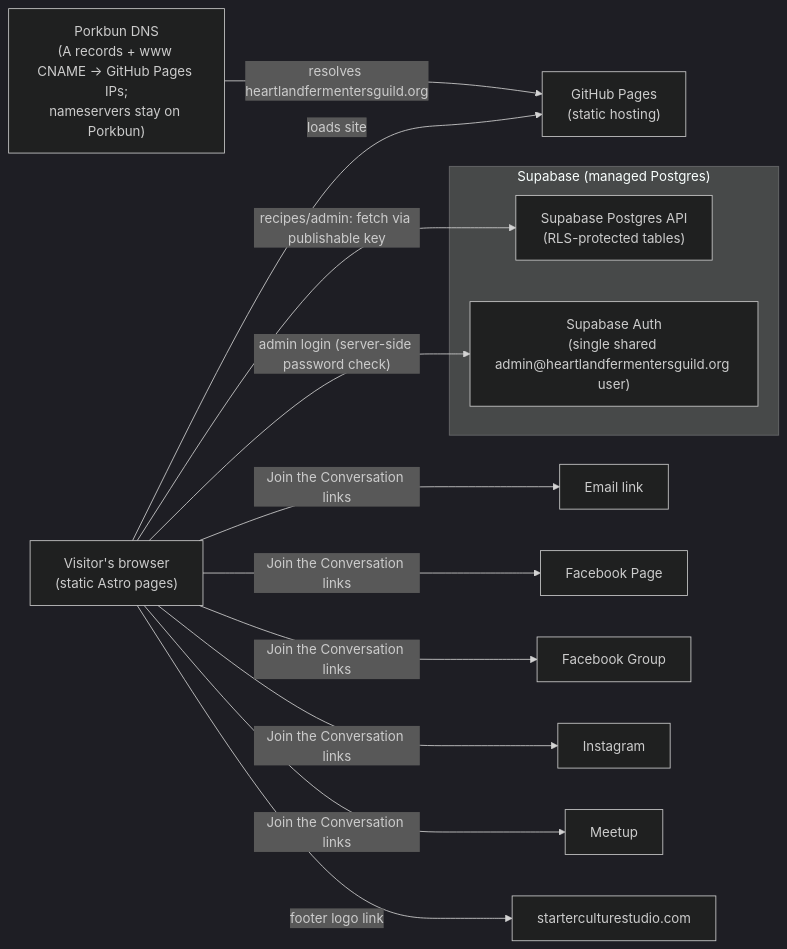
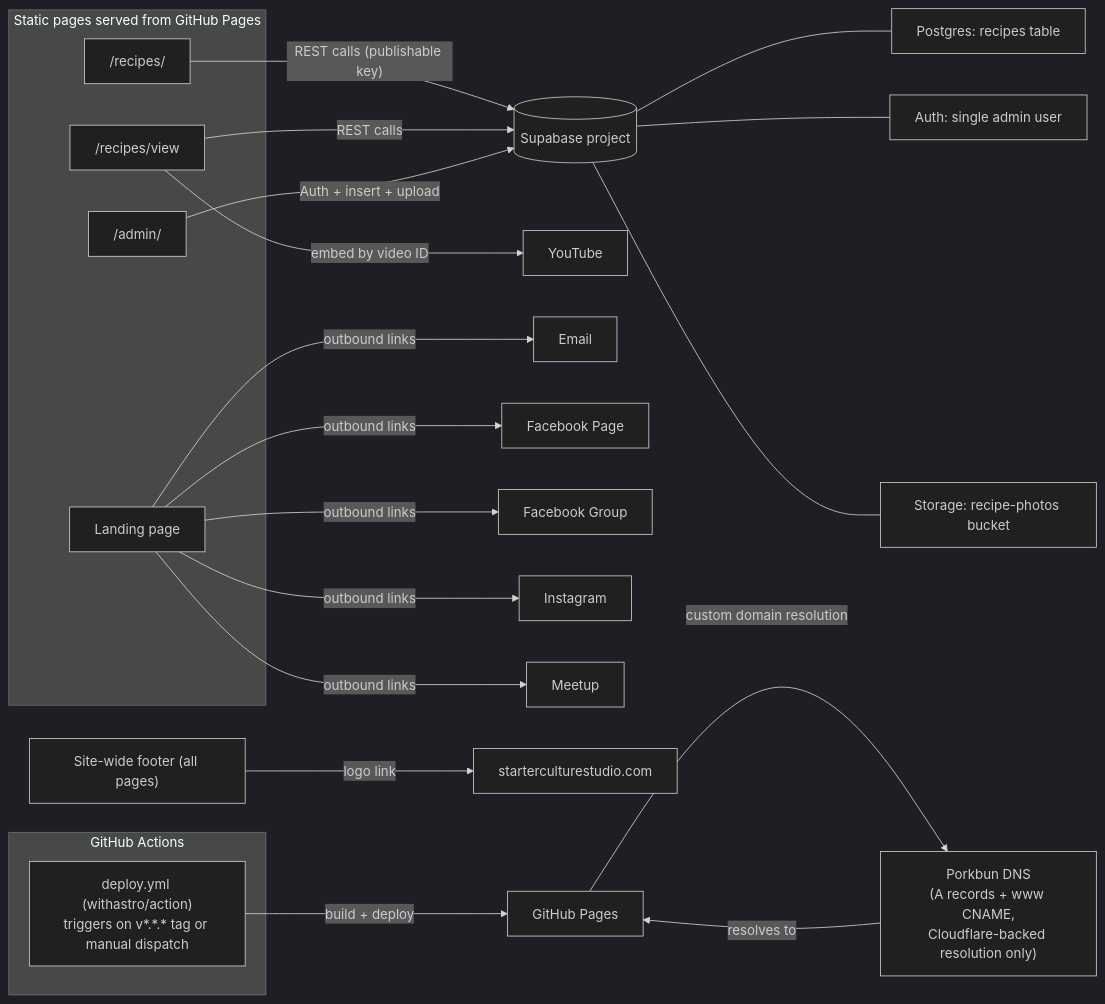
The second of 3 diagrams in docs/VISUALIZER.md (BubbaF377/heartland-fermenters-guild), drawn with Mermaid (dark theme) before and after one commit. The commit also changed other lines of this file, not shown here.

````diff
--- a/docs/VISUALIZER.md
+++ b/docs/VISUALIZER.md
@@ -31,32 +42,33 @@
 ```mermaid
-flowchart LR
-    Browser["Visitor's browser<br/>(static Astro pages)"]
-
-    subgraph Supabase["Supabase (managed Postgres)"]
-        SupaAuth["Supabase Auth<br/>(single shared admin@heartlandfermentersguild.org user)"]
-        SupaDB["Supabase Postgres API<br/>(RLS-protected tables)"]
+graph LR
+    subgraph Browser["Static pages served from GitHub Pages"]
+        Land["Landing page"]
+        RecList["/recipes/"]
+        RecView["/recipes/view"]
+        AdminPg["/admin/"]
     end
 
-    GHPages["GitHub Pages<br/>(static hosting)"]
-    Porkbun["Porkbun DNS<br/>(A records + www CNAME → GitHub Pages IPs;<br/>nameservers stay on Porkbun)"]
+    RecList -- "REST calls (publishable key)" --> Supa[(Supabase project)]
+    RecView -- "REST calls" --> Supa
+    AdminPg -- "Auth + insert + upload" --> Supa
+    Supa --- SupaDB["Postgres: recipes table"]
+    Supa --- SupaAuthSvc["Auth: single admin user"]
+    Supa --- SupaStore["Storage: recipe-photos bucket"]
 
-    Email["Email link"]
-    FBPage["Facebook Page"]
-    FBGroup["Facebook Group"]
-    Instagram["Instagram"]
-    Meetup["Meetup"]
-    SCS["starterculturestudio.com"]
+    RecView -- "embed by video ID" --> YT["YouTube"]
 
-    Browser -- "loads site" --> GHPages
-    Porkbun -- "resolves heartlandfermentersguild.org" --> GHPages
+    Land -- "outbound links" --> Email["Email"]
+    Land -- "outbound links" --> FBPage["Facebook Page"]
+    Land -- "outbound links" --> FBGroup["Facebook Group"]
+    Land -- "outbound links" --> IG["Instagram"]
+    Land -- "outbound links" --> Meetup["Meetup"]
 
-    Browser -- "recipes/admin: fetch via publishable key" --> SupaDB
-    Browser -- "admin login (server-side password check)" --> SupaAuth
+    Footer["Site-wide footer (all pages)"] -- "logo link" --> SCS2["starterculturestudio.com"]
 
-    Browser -- "Join the Conversation links" --> Email
-    Browser -- "Join the Conversation links" --> FBPage
-    Browser -- "Join the Conversation links" --> FBGroup
-    Browser -- "Join the Conversation links" --> Instagram
-    Browser -- "Join the Conversation links" --> Meetup
-    Browser -- "footer logo link" --> SCS
+    subgraph CI["GitHub Actions"]
+        DeployWF["deploy.yml (withastro/action)<br/>triggers on v*.*.* tag or manual dispatch"]
+    end
+    DeployWF -- "build + deploy" --> Pages["GitHub Pages"]
+    Pages -- "custom domain resolution" --> Porkbun["Porkbun DNS<br/>(A records + www CNAME,<br/>Cloudflare-backed resolution only)"]
+    Porkbun -- "resolves to" --> Pages
 ```
````
